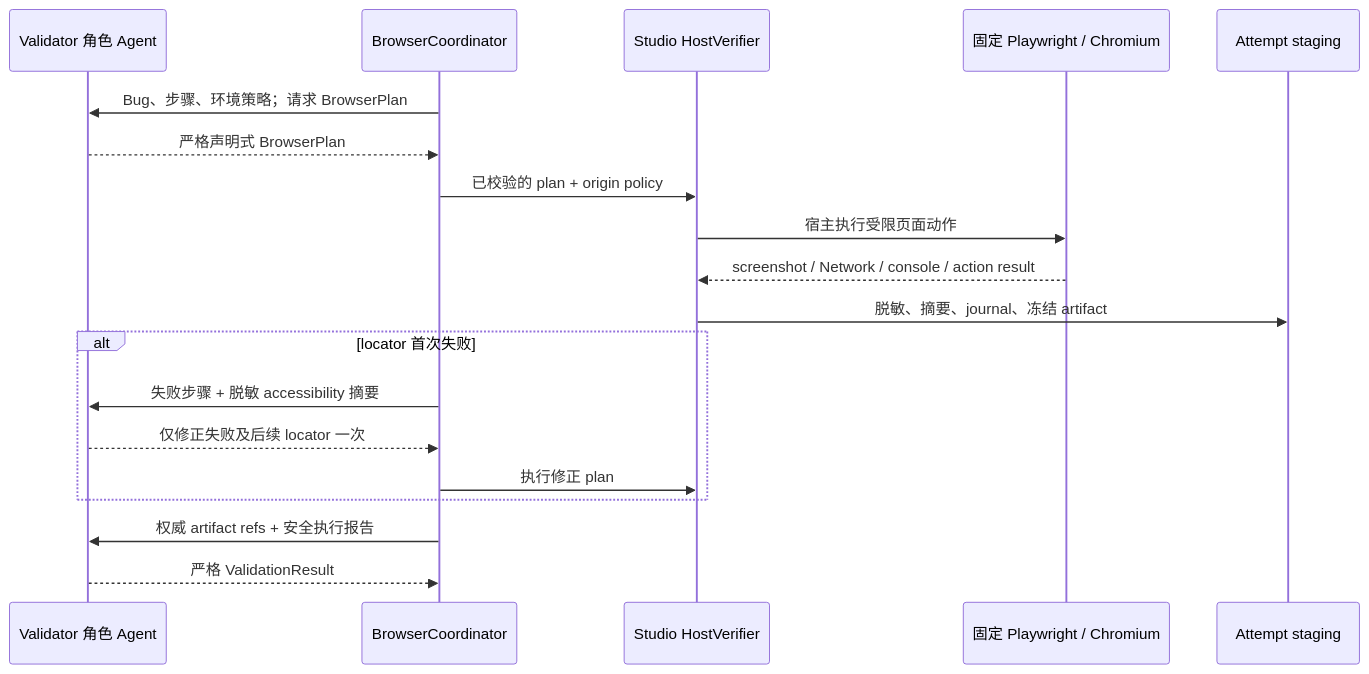
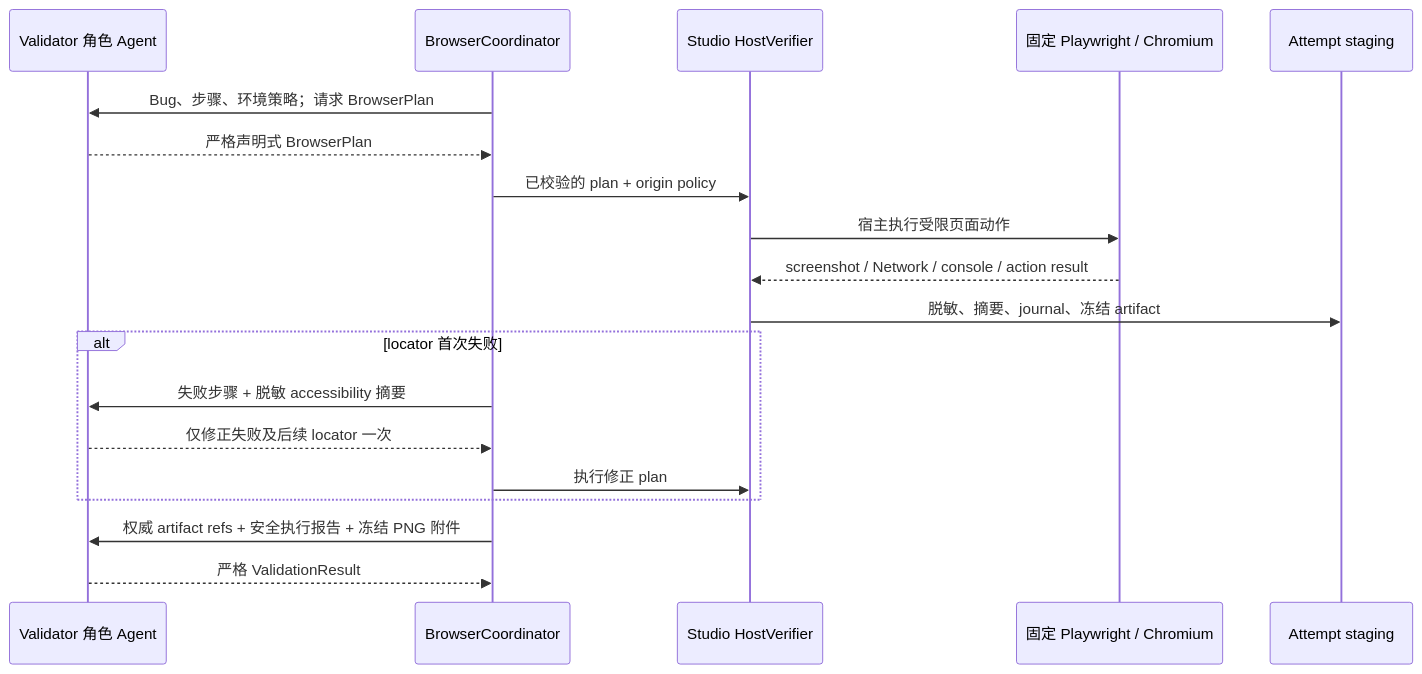
Before and after one commit to 452562082/troubleshooter-studio: the third of 4 diagrams in docs/incident-workflow.md, drawn with Mermaid. The commit also changed other lines of this file and 13 other files, not shown here.

````diff
--- a/docs/incident-workflow.md
+++ b/docs/incident-workflow.md
@@ -119,22 +119,22 @@
 ```mermaid
 sequenceDiagram
     participant V as Validator 角色 Agent
     participant C as BrowserCoordinator
     participant H as Studio HostVerifier
     participant P as 固定 Playwright / Chromium
     participant S as Attempt staging
 
     C->>V: Bug、步骤、环境策略；请求 BrowserPlan
     V-->>C: 严格声明式 BrowserPlan
     C->>H: 已校验的 plan + origin policy
     H->>P: 宿主执行受限页面动作
     P-->>H: screenshot / Network / console / action result
     H->>S: 脱敏、摘要、journal、冻结 artifact
     alt locator 首次失败
         C->>V: 失败步骤 + 脱敏 accessibility 摘要
         V-->>C: 仅修正失败及后续 locator 一次
         C->>H: 执行修正 plan
     end
-    C->>V: 权威 artifact refs + 安全执行报告
+    C->>V: 权威 artifact refs + 安全执行报告 + 冻结 PNG 附件
     V-->>C: 严格 ValidationResult
 ```
````
